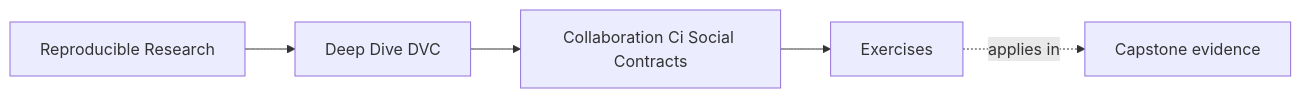
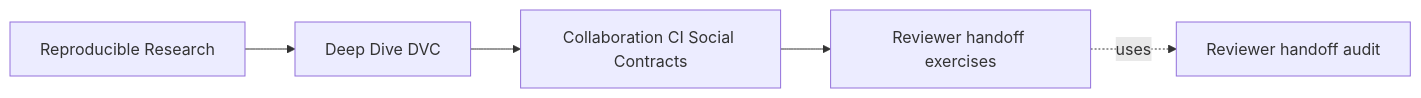
The first of 3 diagrams in programs/reproducible-research/deep-dive-dvc/course-book/module-07-collaboration-ci-social-contracts/exercises.md (bijux/bijux-masterclass), drawn with Mermaid before and after one commit. The commit also changed other lines of this file, not shown here.

Commit message:
docs(dvc): make collaboration practice evidence driven

````diff
--- a/programs/reproducible-research/deep-dive-dvc/course-book/module-07-collaboration-ci-social-contracts/exercises.md
+++ b/programs/reproducible-research/deep-dive-dvc/course-book/module-07-collaboration-ci-social-contracts/exercises.md
@@ -7,11 +6,11 @@
 ```mermaid
 graph LR
   family["Reproducible Research"]
   program["Deep Dive DVC"]
-  section["Collaboration Ci Social Contracts"]
-  page["Exercises"]
-  capstone["Capstone evidence"]
+  section["Collaboration CI Social Contracts"]
+  page["Reviewer handoff exercises"]
+  capstone["Reviewer handoff audit"]
 
   family --> program --> section --> page
-  page -.applies in.-> capstone
+  page -.uses.-> capstone
 ```
````
